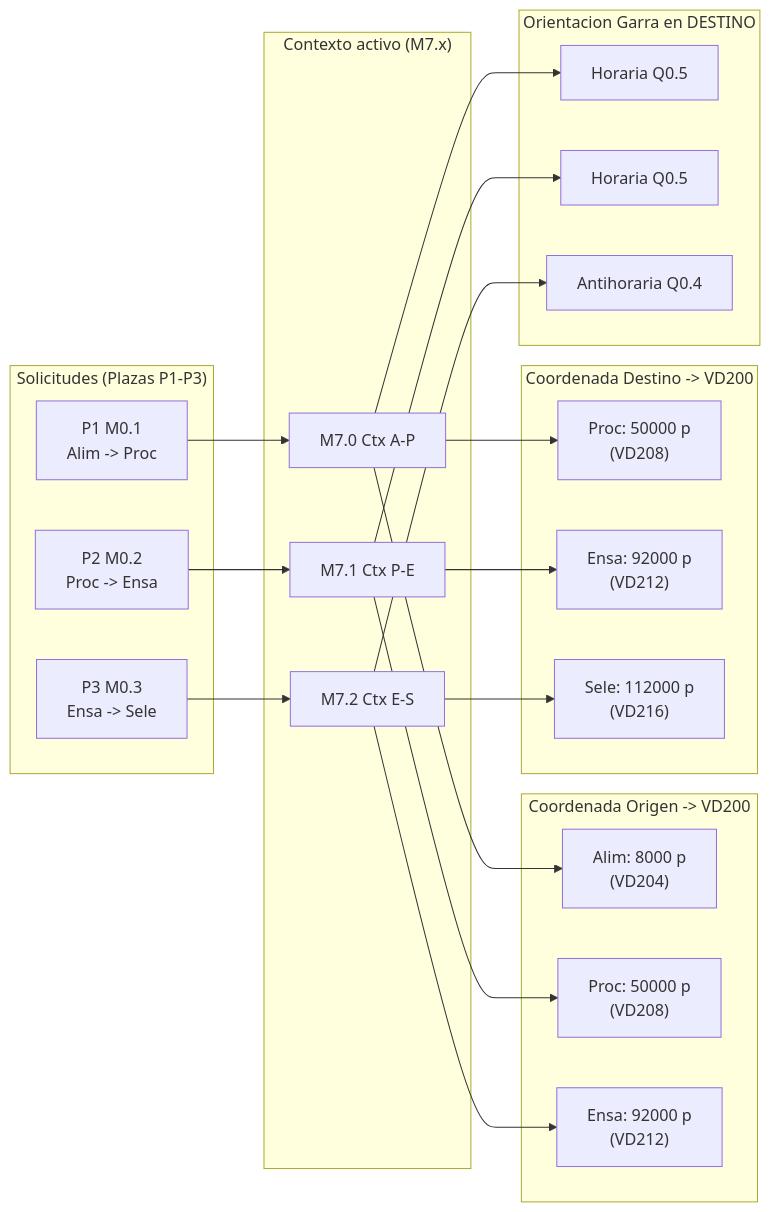
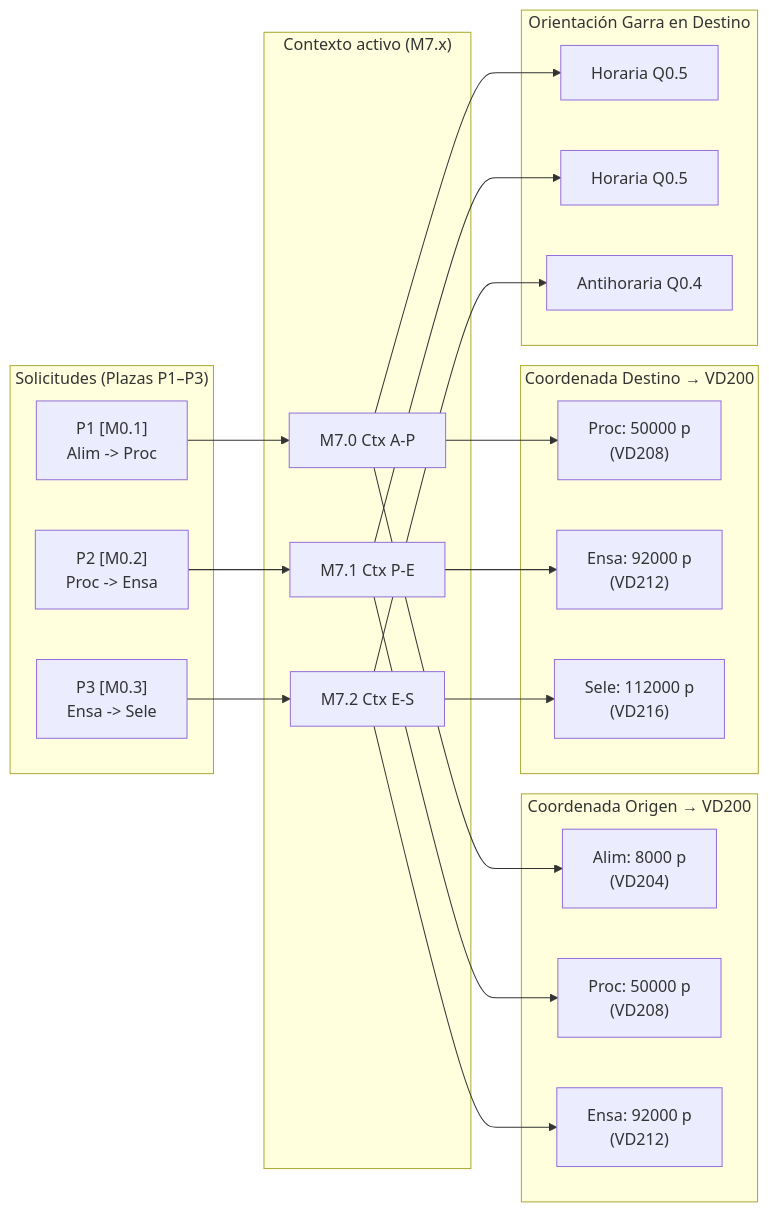
One commit to Sebaasu/xk335b-scada changed the second of 2 diagrams in 1_Transporte/5_Diagrama_Petri.md. Above: the diagram before and after it, drawn with Mermaid. The commit also changed other lines of this file and 29 other files, not shown here.

Commit message:
Diagramas mejorados, libreria eliminada, README Actualizado

````diff
--- a/1_Transporte/5_Diagrama_Petri.md
+++ b/1_Transporte/5_Diagrama_Petri.md
@@ -199,40 +203,40 @@
 ```mermaid
 flowchart LR
-    subgraph Sol["Solicitudes (Plazas P1-P3)"]
-        P1r["P1 M0.1\nAlim -> Proc"]
-        P2r["P2 M0.2\nProc -> Ensa"]
-        P3r["P3 M0.3\nEnsa -> Sele"]
+    subgraph Sol["Solicitudes (Plazas P1–P3)"]
+        P1r["P1 [M0.1]\nAlim -> Proc"]
+        P2r["P2 [M0.2]\nProc -> Ensa"]
+        P3r["P3 [M0.3]\nEnsa -> Sele"]
     end
 
     subgraph Ctx["Contexto activo (M7.x)"]
         C0["M7.0 Ctx A-P"]
         C1["M7.1 Ctx P-E"]
         C2["M7.2 Ctx E-S"]
     end
 
-    subgraph CO["Coordenada Origen -> VD200"]
+    subgraph CO["Coordenada Origen → VD200"]
         CO0["Alim: 8000 p\n(VD204)"]
         CO1["Proc: 50000 p\n(VD208)"]
         CO2["Ensa: 92000 p\n(VD212)"]
     end
 
-    subgraph CD["Coordenada Destino -> VD200"]
+    subgraph CD["Coordenada Destino → VD200"]
         CD0["Proc: 50000 p\n(VD208)"]
         CD1["Ensa: 92000 p\n(VD212)"]
         CD2["Sele: 112000 p\n(VD216)"]
     end
 
-    subgraph GD["Orientacion Garra en DESTINO"]
+    subgraph GD["Orientación Garra en Destino"]
         G0["Horaria Q0.5"]
         G1["Horaria Q0.5"]
         G2["Antihoraria Q0.4"]
     end
 
     P1r --> C0
     P2r --> C1
     P3r --> C2
 
     C0 --> CO0 & CD0 & G0
     C1 --> CO1 & CD1 & G1
     C2 --> CO2 & CD2 & G2
 ```
````
